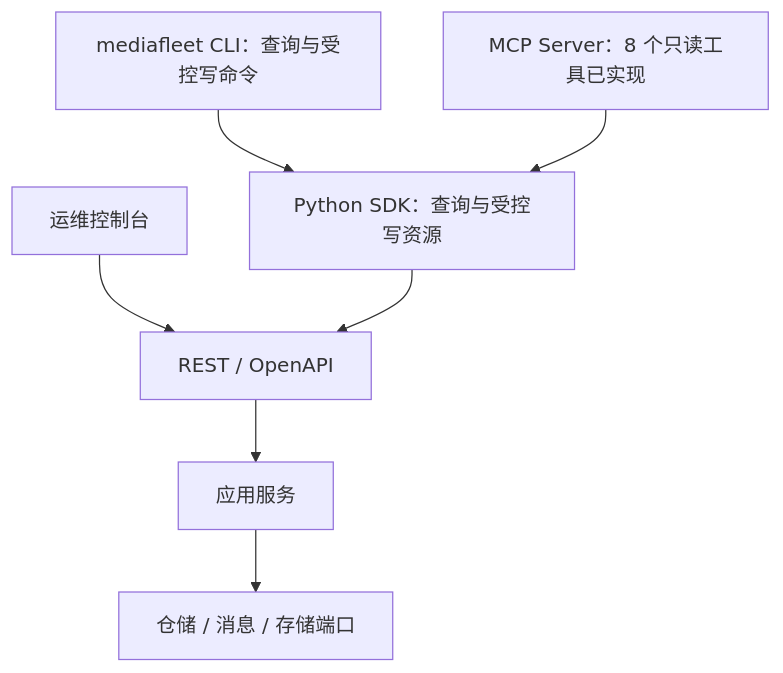
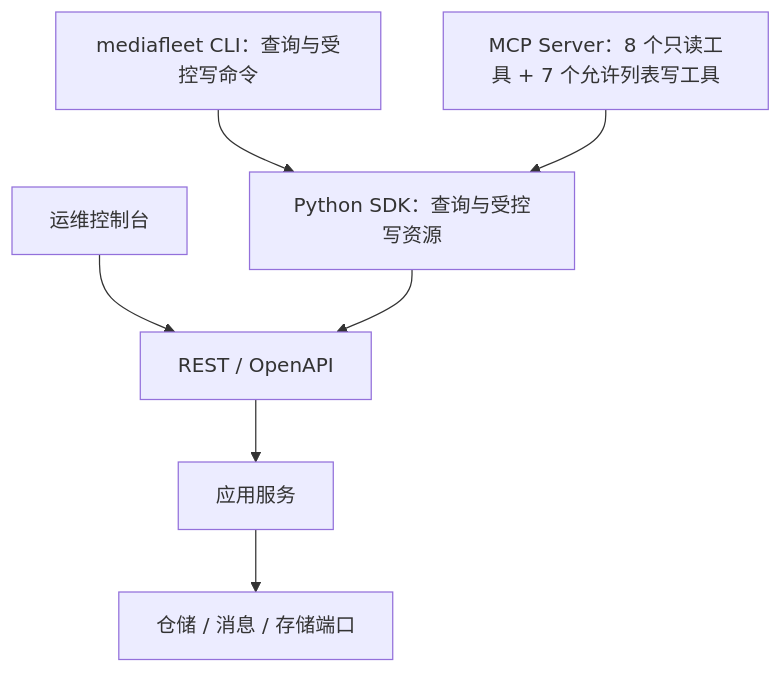
The diagram in docs/architecture/interfaces.md (huxiaodong1989/MediaFleet), drawn with Mermaid before and after one commit. The commit also changed other lines of this file and 15 other files, not shown here.

````diff
--- a/docs/architecture/interfaces.md
+++ b/docs/architecture/interfaces.md
@@ -7,17 +7,17 @@
 ```mermaid
 flowchart TB
     REST[REST / OpenAPI]
     Console[运维控制台]
     SDK[Python SDK：查询与受控写资源]
     CLI[mediafleet CLI：查询与受控写命令]
-    MCP[MCP Server：8 个只读工具已实现]
+    MCP[MCP Server：8 个只读工具 + 7 个允许列表写工具]
     App[应用服务]
     Ports[仓储 / 消息 / 存储端口]
 
     REST --> App
     Console --> REST
     SDK --> REST
     CLI --> SDK
     MCP --> SDK
     App --> Ports
 ```
````
